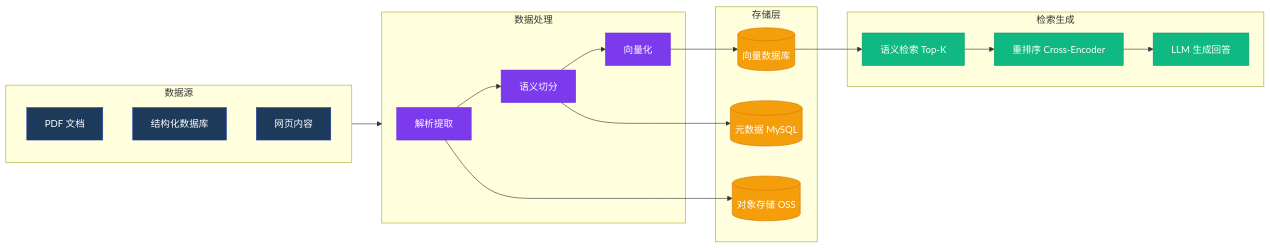
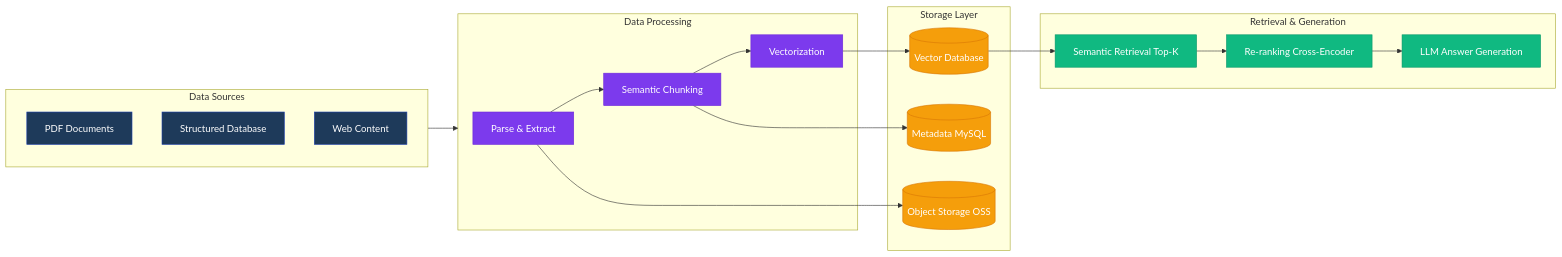
One commit to lohasle/diagram-architect.skill changed the second of 4 diagrams in README.md. Above: the diagram before and after it, drawn with Mermaid. The commit also changed other lines of this file and 2 other files, not shown here.

````diff
--- a/README.md
+++ b/README.md
@@ -87,36 +89,36 @@
 ```mermaid
 flowchart LR
-    subgraph SRC["数据源"]
-        PDF["PDF 文档"]:::s
-        DB["结构化数据库"]:::s
-        WEB["网页内容"]:::s
+    subgraph SRC["Data Sources"]
+        PDF["PDF Documents"]:::s
+        DB["Structured Database"]:::s
+        WEB["Web Content"]:::s
     end
-    subgraph ETL["数据处理"]
-        PARSE["解析提取"]:::p
-        CHUNK["语义切分"]:::p
-        EMBED["向量化"]:::p
+    subgraph ETL["Data Processing"]
+        PARSE["Parse & Extract"]:::p
+        CHUNK["Semantic Chunking"]:::p
+        EMBED["Vectorization"]:::p
     end
-    subgraph STORE["存储层"]
-        VDB[("向量数据库")]:::st
-        OBJ[("对象存储 OSS")]:::st
-        META[("元数据 MySQL")]:::st
+    subgraph STORE["Storage Layer"]
+        VDB[("Vector Database")]:::st
+        OBJ[("Object Storage OSS")]:::st
+        META[("Metadata MySQL")]:::st
     end
-    subgraph SERVE["检索生成"]
-        SEARCH["语义检索 Top-K"]:::sv
-        RERANK["重排序 Cross-Encoder"]:::sv
-        GEN["LLM 生成回答"]:::sv
+    subgraph SERVE["Retrieval & Generation"]
+        SEARCH["Semantic Retrieval Top-K"]:::sv
+        RERANK["Re-ranking Cross-Encoder"]:::sv
+        GEN["LLM Answer Generation"]:::sv
     end
     SRC --> ETL
     PARSE --> CHUNK
     CHUNK --> EMBED
     EMBED --> VDB
     PARSE --> OBJ
     CHUNK --> META
     VDB --> SEARCH
     SEARCH --> RERANK
     RERANK --> GEN
     classDef s fill:#1e3a5a,stroke:#1e40af,color:#fff
     classDef p fill:#7c3aed,stroke:#6d28d9,color:#fff
     classDef st fill:#f59e0b,stroke:#d97706,color:#fff
     classDef sv fill:#10b981,stroke:#059669,color:#fff
 ```
````
